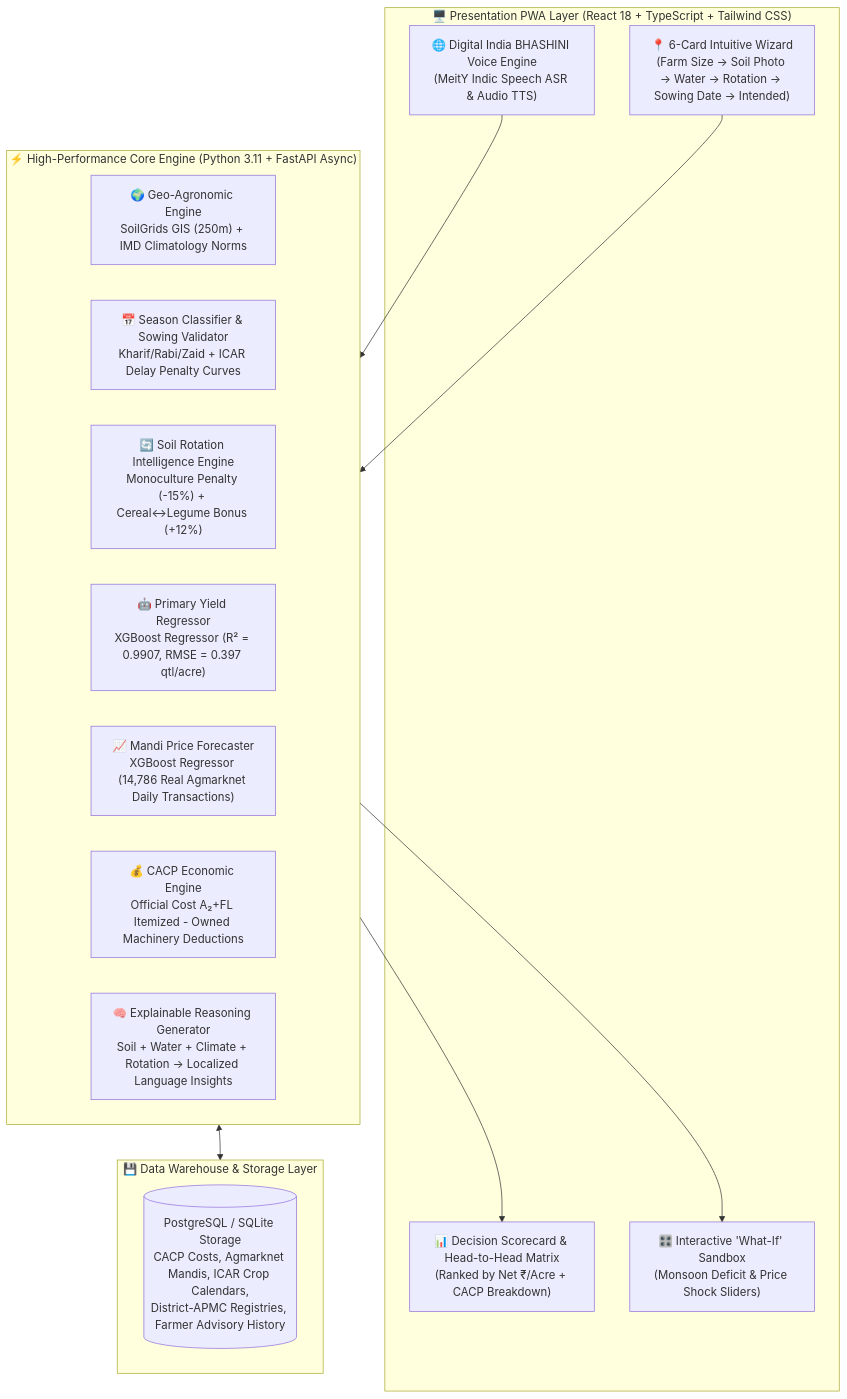
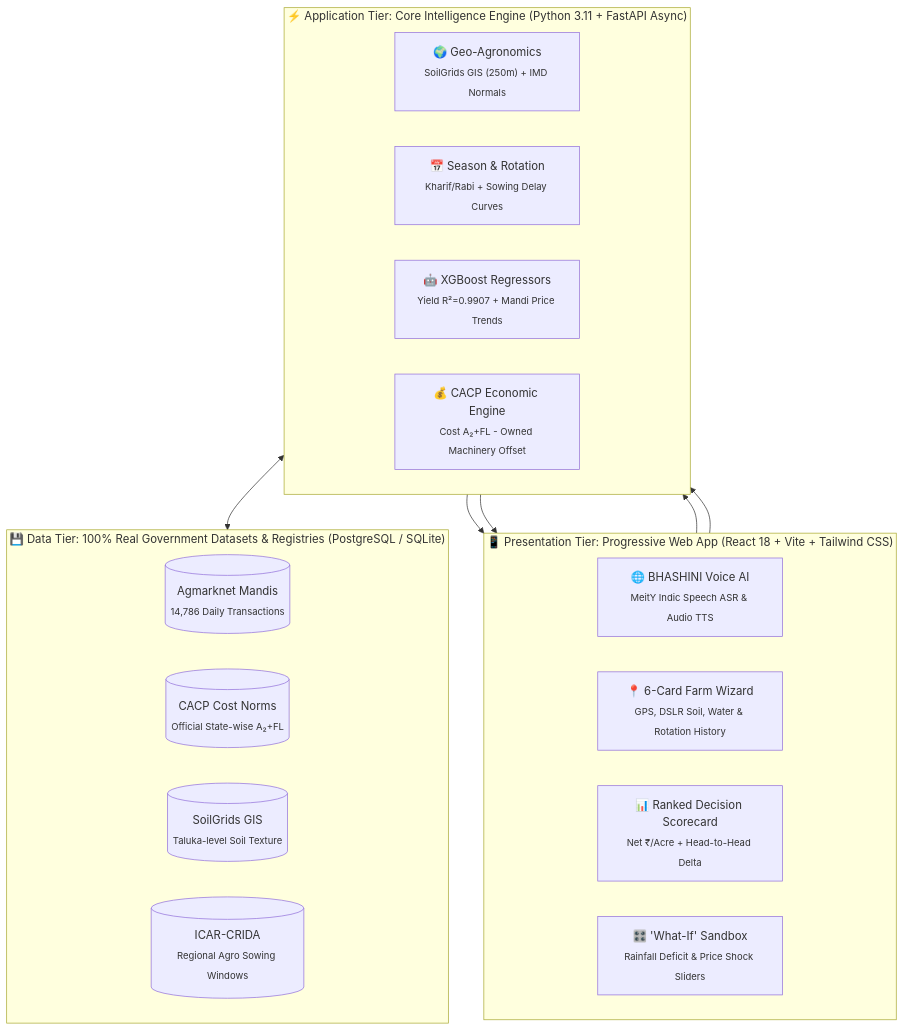
Before and after one commit to sujeetaionly/agri-decide-sih: the diagram in README.md, drawn with Mermaid.

Commit message:
docs: refine architecture Mermaid diagram into balanced 3-tier presentation

````diff
--- a/README.md
+++ b/README.md
@@ -58,27 +58,32 @@
 ```mermaid
 flowchart TD
-    subgraph UI_Layer ["🖥️ Presentation PWA Layer (React 18 + TypeScript + Tailwind CSS)"]
-        A1["🌐 Digital India BHASHINI Voice Engine\n(MeitY Indic Speech ASR & Audio TTS)"]
-        A2["📍 6-Card Intuitive Wizard\n(Farm Size → Soil Photo → Water → Rotation → Sowing Date → Intended)"]
-        A3["📊 Decision Scorecard & Head-to-Head Matrix\n(Ranked by Net ₹/Acre + CACP Breakdown)"]
-        A4["🎛️ Interactive 'What-If' Sandbox\n(Monsoon Deficit & Price Shock Sliders)"]
+    subgraph UI ["📱 Presentation Tier: Progressive Web App (React 18 + Vite + Tailwind CSS)"]
+        direction LR
+        U1["🌐 BHASHINI Voice AI<br><sub>MeitY Indic Speech ASR & Audio TTS</sub>"]
+        U2["📍 6-Card Farm Wizard<br><sub>GPS, DSLR Soil, Water & Rotation History</sub>"]
+        U3["📊 Ranked Decision Scorecard<br><sub>Net ₹/Acre + Head-to-Head Delta</sub>"]
+        U4["🎛️ 'What-If' Sandbox<br><sub>Rainfall Deficit & Price Shock Sliders</sub>"]
     end
 
-    subgraph Core_Engine ["⚡ High-Performance Core Engine (Python 3.11 + FastAPI Async)"]
-        B1["🌍 Geo-Agronomic Engine\nSoilGrids GIS (250m) + IMD Climatology Norms"]
-        B2["📅 Season Classifier & Sowing Validator\nKharif/Rabi/Zaid + ICAR Delay Penalty Curves"]
-        B3["🔄 Soil Rotation Intelligence Engine\nMonoculture Penalty (-15%) + Cereal↔Legume Bonus (+12%)"]
-        B4["🤖 Primary Yield Regressor\nXGBoost Regressor (R² = 0.9907, RMSE = 0.397 qtl/acre)"]
-        B5["📈 Mandi Price Forecaster\nXGBoost Regressor (14,786 Real Agmarknet Daily Transactions)"]
-        B6["💰 CACP Economic Engine\nOfficial Cost A₂+FL Itemized - Owned Machinery Deductions"]
-        B7["🧠 Explainable Reasoning Generator\nSoil + Water + Climate + Rotation → Localized Language Insights"]
+    subgraph CORE ["⚡ Application Tier: Core Intelligence Engine (Python 3.11 + FastAPI Async)"]
+        direction LR
+        C1["🌍 Geo-Agronomics<br><sub>SoilGrids GIS (250m) + IMD Normals</sub>"]
+        C2["📅 Season & Rotation<br><sub>Kharif/Rabi + Sowing Delay Curves</sub>"]
+        C3["🤖 XGBoost Regressors<br><sub>Yield R²=0.9907 + Mandi Price Trends</sub>"]
+        C4["💰 CACP Economic Engine<br><sub>Cost A₂+FL - Owned Machinery Offset</sub>"]
     end
 
-    subgraph Data_Warehouse ["💾 Data Warehouse & Storage Layer"]
-        C1[("PostgreSQL / SQLite Storage\nCACP Costs, Agmarknet Mandis, ICAR Crop Calendars,\nDistrict-APMC Registries, Farmer Advisory History")]
+    subgraph DATA ["💾 Data Tier: 100% Real Government Datasets & Registries (PostgreSQL / SQLite)"]
+        direction LR
+        D1[("Agmarknet Mandis<br><sub>14,786 Daily Transactions</sub>")]
+        D2[("CACP Cost Norms<br><sub>Official State-wise A₂+FL</sub>")]
+        D3[("SoilGrids GIS<br><sub>Taluka-level Soil Texture</sub>")]
+        D4[("ICAR-CRIDA<br><sub>Regional Agro Sowing Windows</sub>")]
     end
 
-    A1 & A2 --> Core_Engine
-    Core_Engine <--> Data_Warehouse
-    Core_Engine --> A3 & A4
+    U1 --> CORE
+    U2 --> CORE
+    CORE <--> DATA
+    CORE --> U3
+    CORE --> U4
 ```
````
